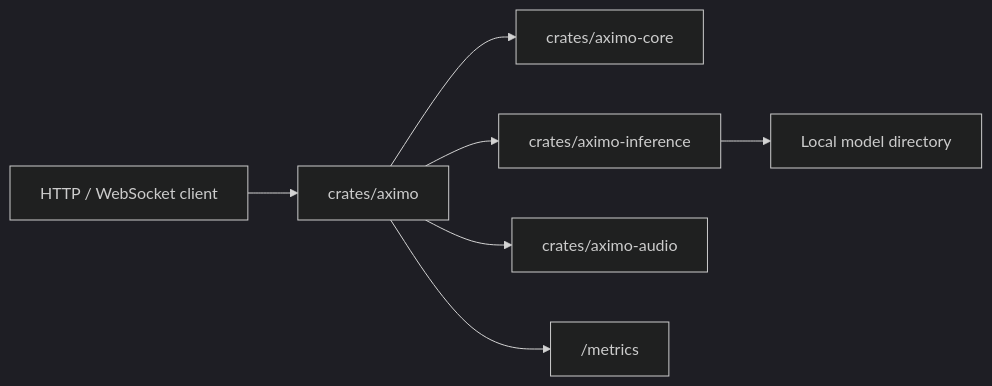
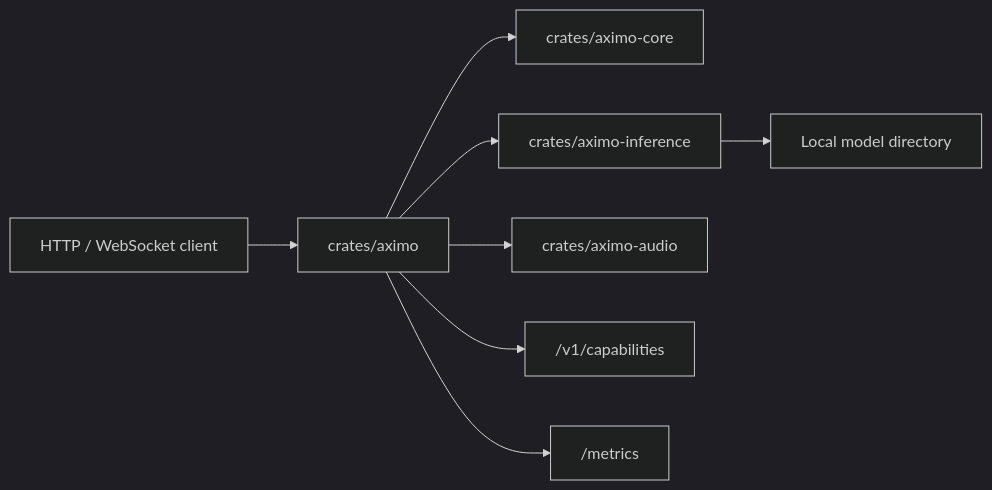
Before and after one commit to agent-axiom/aximo: the first of 3 diagrams in docs/architecture.md, drawn with Mermaid (dark theme). The commit also changed other lines of this file and 17 other files, not shown here.

````diff
--- a/docs/architecture.md
+++ b/docs/architecture.md
@@ -7,9 +7,10 @@
 ```mermaid
 flowchart LR
     Client["HTTP / WebSocket client"] --> API["crates/aximo"]
     API --> Core["crates/aximo-core"]
     API --> Inference["crates/aximo-inference"]
     API --> Audio["crates/aximo-audio"]
+    API --> Capabilities["/v1/capabilities"]
     API --> Metrics["/metrics"]
     Inference --> Models["Local model directory"]
 ```
````
